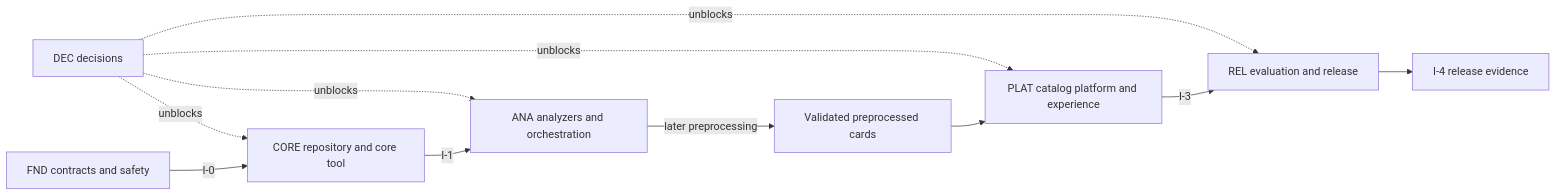
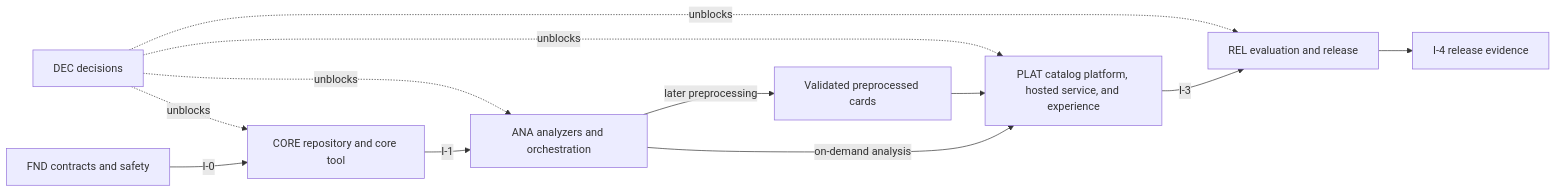
One commit to CoralLeiCN/Agent-Rumble changed the diagram in docs/exec-plans/proposed/mvp/README.md. Above: the diagram before and after it, drawn with Mermaid. The commit also changed other lines of this file and 21 other files, not shown here.

````diff
--- a/docs/exec-plans/proposed/mvp/README.md
+++ b/docs/exec-plans/proposed/mvp/README.md
@@ -50,13 +51,14 @@
 ```mermaid
 flowchart LR
     DEC["DEC decisions"] -.unblocks.-> CORE["CORE repository and core tool"]
     DEC -.unblocks.-> ANA["ANA analyzers and orchestration"]
-    DEC -.unblocks.-> PLAT["PLAT catalog platform and experience"]
+    DEC -.unblocks.-> PLAT["PLAT catalog platform, hosted service, and experience"]
     DEC -.unblocks.-> REL["REL evaluation and release"]
     FND["FND contracts and safety"] -->|I-0| CORE
     CORE -->|I-1| ANA
     CARDS["Validated preprocessed cards"] --> PLAT
     ANA -->|later preprocessing| CARDS
+    ANA -->|on-demand analysis| PLAT
     PLAT -->|I-3| REL
     REL --> I4["I-4 release evidence"]
 ```
````
